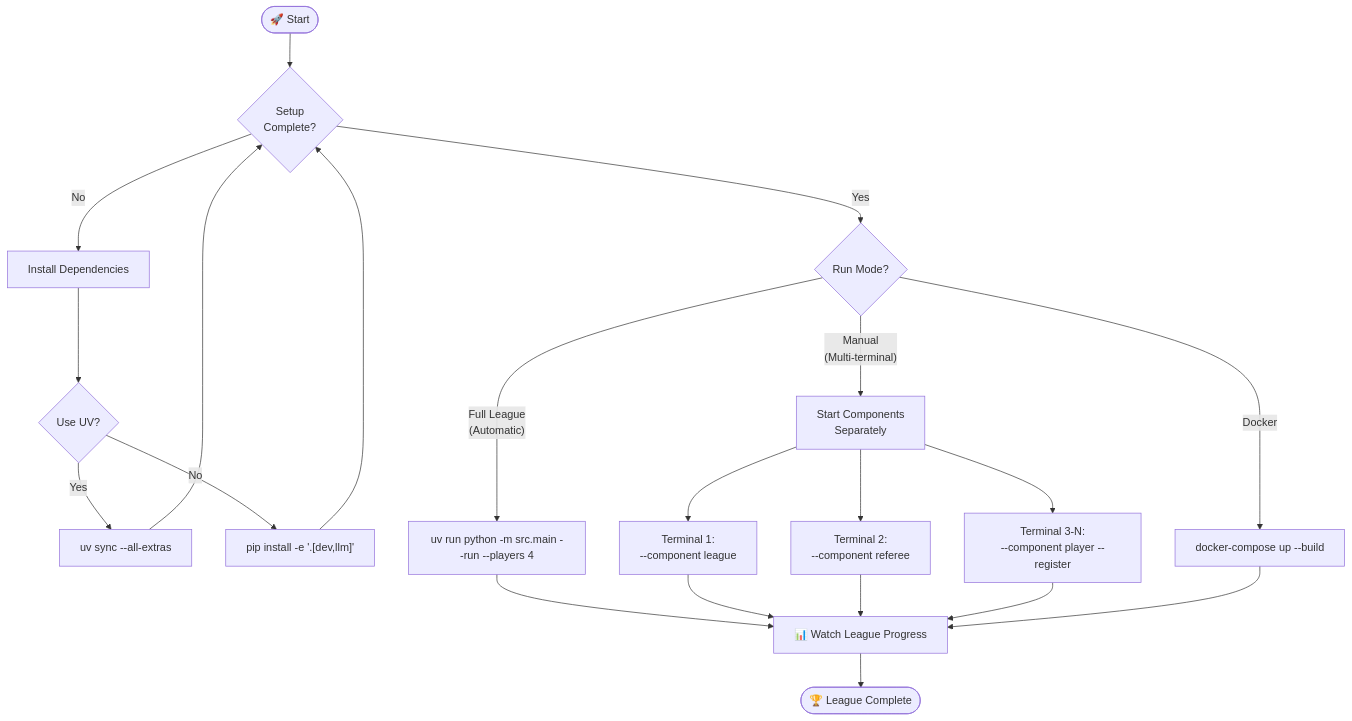
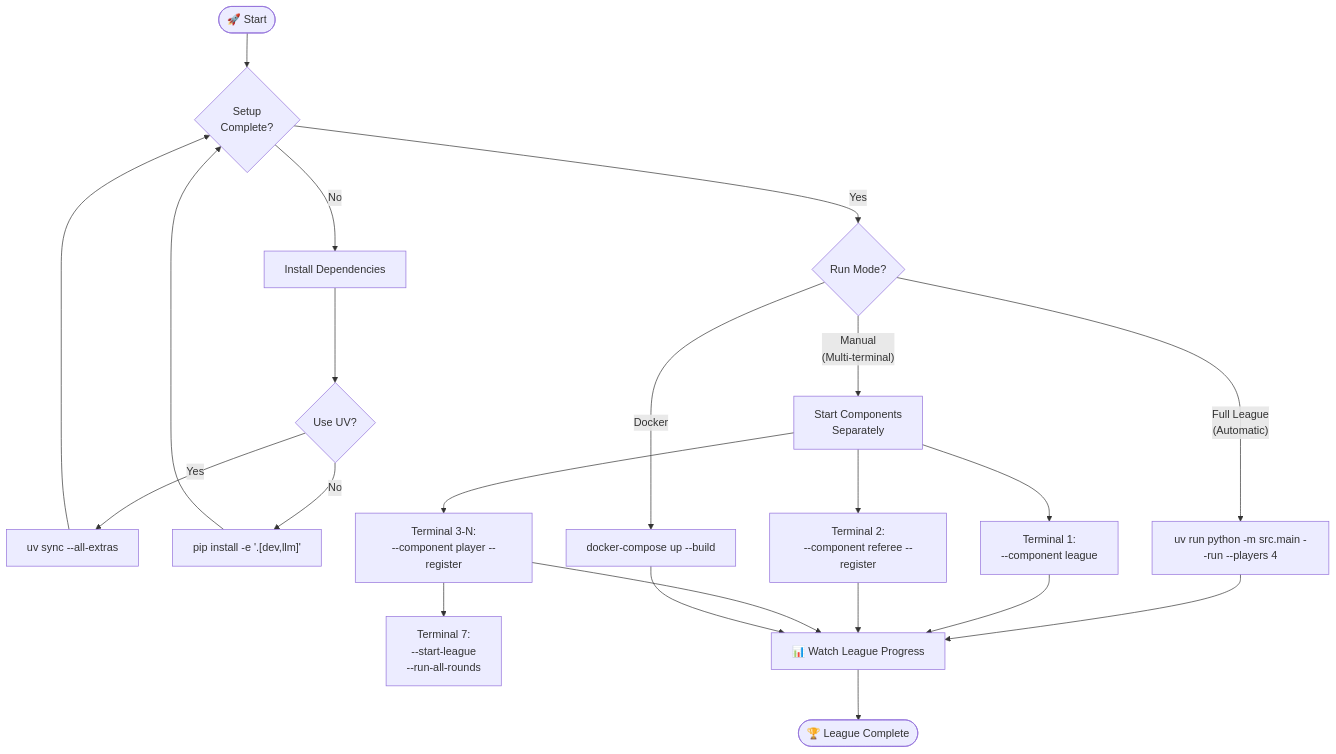
Before and after one commit to fouada/Assignment7_mcp-multi-agent-game: diagram 20 of 22 in README.md, drawn with Mermaid. The commit also changed other lines of this file and 49 other files, not shown here.

````diff
--- a/README.md
+++ b/README.md
@@ -912,31 +912,32 @@
 ```mermaid
 flowchart TD
     START([🚀 Start]) --> SETUP{Setup<br/>Complete?}
     
     SETUP -->|No| INSTALL[Install Dependencies]
     INSTALL --> UV{Use UV?}
     
     UV -->|Yes| UV_INSTALL["uv sync --all-extras"]
     UV -->|No| PIP_INSTALL["pip install -e '.[dev,llm]'"]
     
     UV_INSTALL --> SETUP
     PIP_INSTALL --> SETUP
     
     SETUP -->|Yes| RUN_MODE{Run Mode?}
     
     RUN_MODE -->|"Full League<br/>(Automatic)"| FULL["uv run python -m src.main --run --players 4"]
     RUN_MODE -->|"Manual<br/>(Multi-terminal)"| MANUAL[Start Components<br/>Separately]
     RUN_MODE -->|Docker| DOCKER["docker-compose up --build"]
     
     MANUAL --> T1["Terminal 1:<br/>--component league"]
-    MANUAL --> T2["Terminal 2:<br/>--component referee"]
+    MANUAL --> T2["Terminal 2:<br/>--component referee --register"]
     MANUAL --> T3["Terminal 3-N:<br/>--component player --register"]
+    T3 --> CTRL["Terminal 7:<br/>--start-league<br/>--run-all-rounds"]
     
     FULL --> WATCH[📊 Watch League Progress]
     T1 --> WATCH
     T2 --> WATCH
     T3 --> WATCH
     DOCKER --> WATCH
     
     WATCH --> END([🏆 League Complete])
 ```
````
